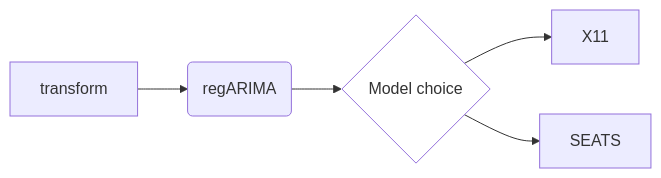
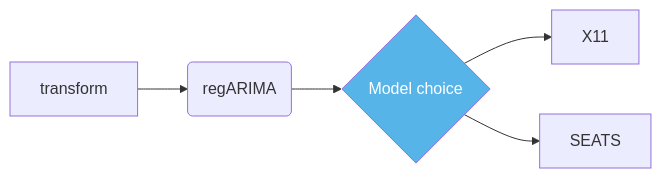
The diagram in 21-overview.qmd (christophsax/seasonalbook.content), drawn with Mermaid before and after one commit. The commit also changed other lines of this file, not shown here.

````diff
--- a/21-overview.qmd
+++ b/21-overview.qmd
@@ -35,8 +35,8 @@
 ```{mermaid}
 flowchart LR
   A[transform] --> B(regARIMA)
   B --> C{Model choice}
   C --> D[X11]
   C --> E[SEATS]
-  style C fill: #fff
+  style C fill:#56B4E9,color:#fff
 ```
````
